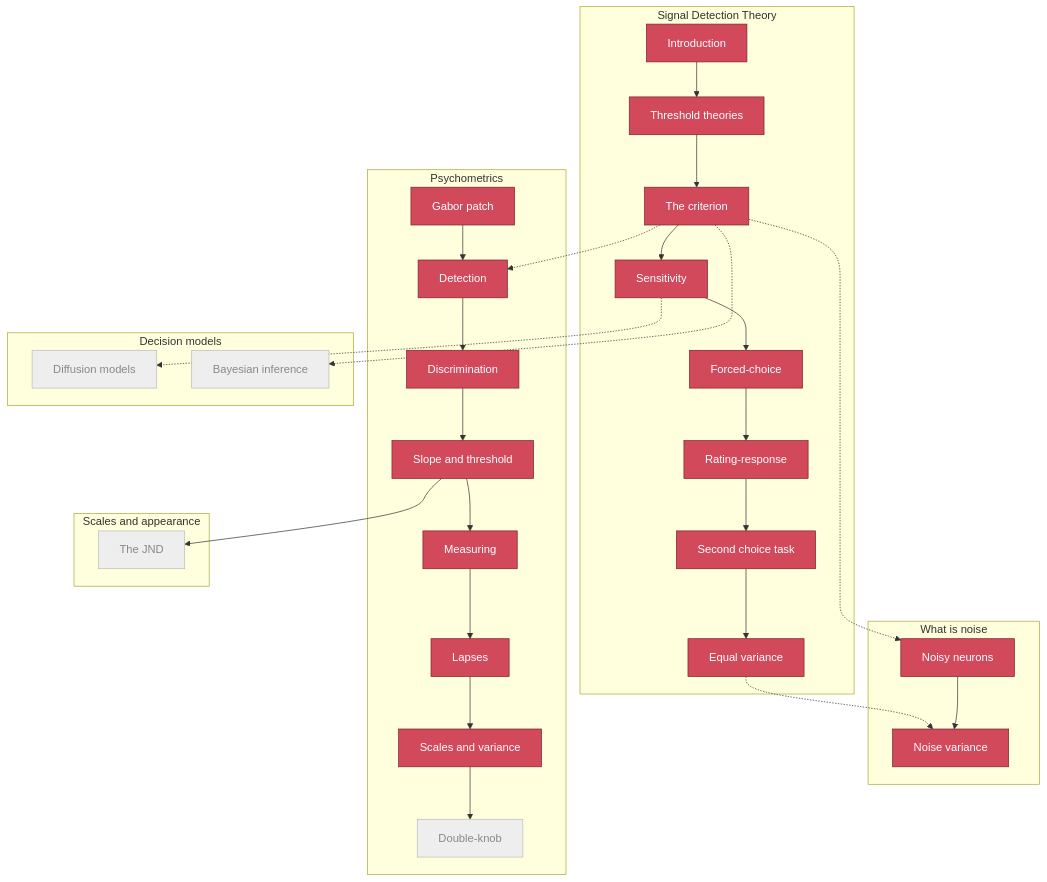
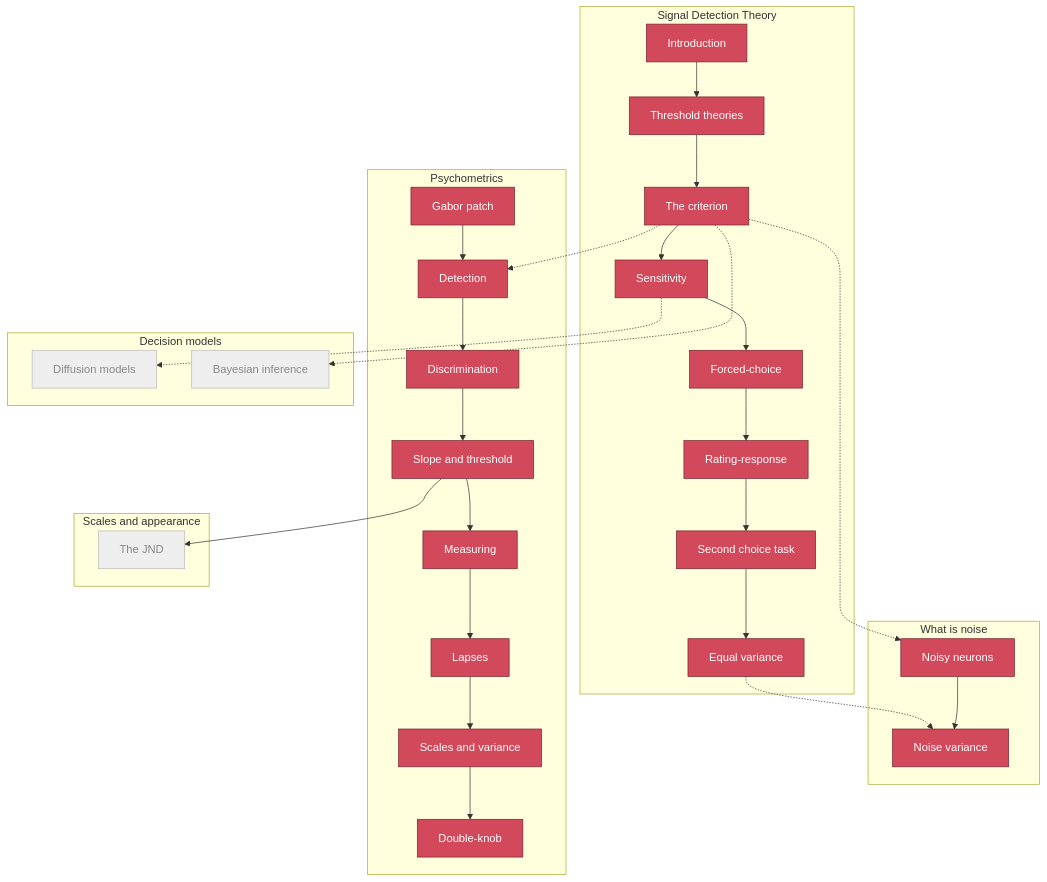
The diagram in sitemap.md (tbalsdon/psychophysical-choose-your-own-adventure), drawn with Mermaid before and after one commit. The commit also changed 5 other files, not shown here.

First line of the commit message:
Psychometrics batch 5: double-knob designs (completes Section 2)

````diff
--- a/sitemap.md
+++ b/sitemap.md
@@ -12,71 +12,72 @@
 ```{mermaid}
 flowchart TD
     subgraph SDT [Signal Detection Theory]
         a[Introduction]
         b[Threshold theories]
         d[The criterion]
         e[Sensitivity]
         f[Forced-choice]
         g[Rating-response]
         h[Second choice task]
         i[Equal variance]
     end
 
     subgraph NOISE [What is noise]
         nn[Noisy neurons]
         nv[Noise variance]
     end
 
     subgraph PSY [Psychometrics]
         pg[Gabor patch]
         pd[Detection]
         pdi[Discrimination]
         pst[Slope and threshold]
         pme[Measuring]
         pla[Lapses]
         psc[Scales and variance]
         pdk[Double-knob]
     end
 
     subgraph SCALE [Scales and appearance]
         s1[The JND]
     end
 
     subgraph DM [Decision models]
         dm1[Diffusion models]
         dm2[Bayesian inference]
     end
 
     a --> b --> d --> e --> f --> g --> h --> i
     d -.-> nn
     i -.-> nv
     nn --> nv
     d -.-> pd
     pg --> pd --> pdi --> pst --> pme --> pla --> psc --> pdk
     pst --> s1
     e -.-> dm1
     d -.-> dm2
 
     classDef done fill:#d1495b,stroke:#7a2230,color:#fff;
     classDef todo fill:#eee,stroke:#bbb,color:#888;
-    class a,b,d,e,f,g,h,i,nn,nv,pg,pd,pdi,pst,pme,pla,psc done;
-    class pdk,s1,dm1,dm2 todo;
+    class a,b,d,e,f,g,h,i,nn,nv,pg,pd,pdi,pst,pme,pla,psc,pdk done;
+    class s1,dm1,dm2 todo;
 
     click a "../modules/sdt-intro"
     click b "../modules/sdt-threshold-theories"
     click d "../modules/sdt-criterion"
     click e "../modules/sdt-sensitivity"
     click f "../modules/sdt-forced-choice"
     click g "../modules/sdt-rating-response"
     click h "../modules/sdt-second-choice"
     click i "../modules/sdt-equal-variance"
     click nn "../modules/noise-noisy-neurons"
     click nv "../modules/noise-variance"
     click pg "../modules/psy-gabor"
     click pd "../modules/psy-detection"
     click pdi "../modules/psy-discrimination"
     click pst "../modules/psy-slope-threshold-bias"
     click pme "../modules/psy-measuring"
     click pla "../modules/psy-lapses"
     click psc "../modules/psy-scales"
+    click pdk "../modules/psy-double-knob"
 ```
````
